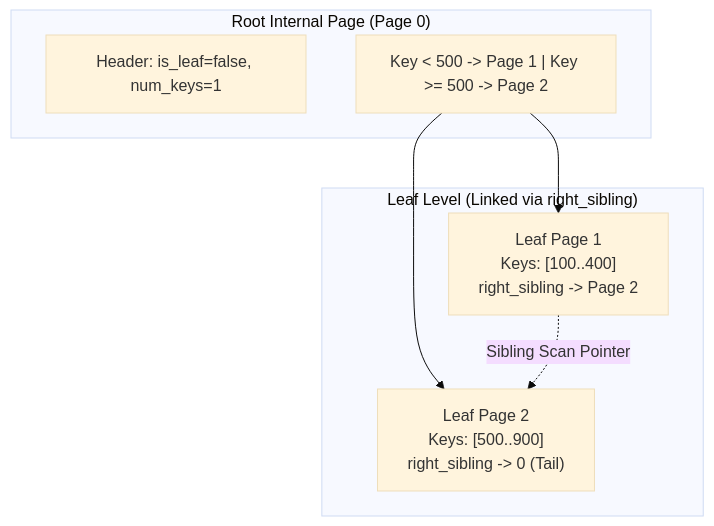
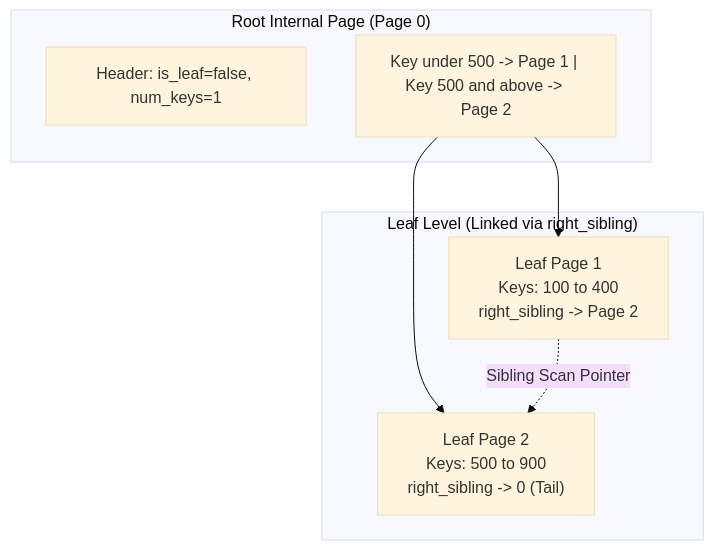
One commit to Nimastic/cpp-postgres changed the first of 2 diagrams in notes/atlas/14-disk-resident-btree.md. Above: the diagram before and after it, drawn with Mermaid (base theme). The commit also changed 16 other files, not shown here.

First line of the commit message:
fix(atlas): resolve all Mermaid diagram and LaTeX syntax parsing errors

````diff
--- a/notes/atlas/14-disk-resident-btree.md
+++ b/notes/atlas/14-disk-resident-btree.md
@@ -12,16 +12,16 @@
 ```mermaid
 flowchart TD
     subgraph RootNode["Root Internal Page (Page 0)"]
         R_HDR["Header: is_leaf=false, num_keys=1"]
-        R_E1["Key < 500 -> Page 1 | Key >= 500 -> Page 2"]
+        R_E1["Key under 500 -> Page 1 | Key 500 and above -> Page 2"]
     end
 
     subgraph LeafLevel["Leaf Level (Linked via right_sibling)"]
-        L1["Leaf Page 1\nKeys: [100..400]\nright_sibling -> Page 2"]
-        L2["Leaf Page 2\nKeys: [500..900]\nright_sibling -> 0 (Tail)"]
+        L1["Leaf Page 1\nKeys: 100 to 400\nright_sibling -> Page 2"]
+        L2["Leaf Page 2\nKeys: 500 to 900\nright_sibling -> 0 (Tail)"]
     end
 
     R_E1 --> L1
     R_E1 --> L2
     L1 -.->|Sibling Scan Pointer| L2
 ```
````
